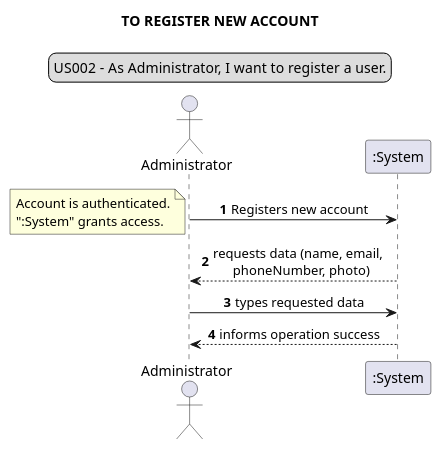
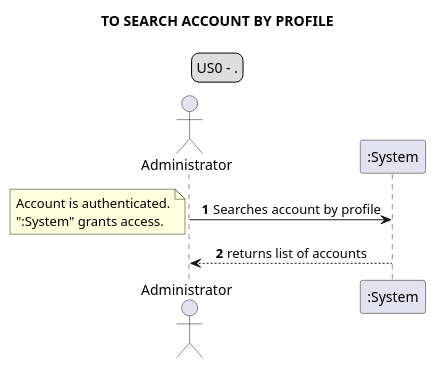
The second of 23 diagrams in docs/requirements_gathering/system_sequence_diagrams/systemSequenceDiagram.puml (Loracline/project_switch_22-23), drawn with PlantUML before and after one commit. The commit also changed other lines of this file and 23 other files, not shown here.

```diff
--- a/docs/requirements_gathering/system_sequence_diagrams/systemSequenceDiagram.puml
+++ b/docs/requirements_gathering/system_sequence_diagrams/systemSequenceDiagram.puml
@@ -19,17 +17,15 @@
 @startuml
+legend top
+US0 - .
+end legend
 skinparam sequenceMessageAlign center
-title TO REGISTER NEW ACCOUNT
-legend top
-US002 - As Administrator, I want to register a user.
-end legend
+title TO SEARCH ACCOUNT BY PROFILE
+actor Administrator
 autonumber
-actor Administrator
-Administrator -> ":System": Registers new account
+Administrator -> ":System": Searches account by profile
 note left
 Account is authenticated.
 ":System" grants access.
 end note
-Administrator <-- ":System": requests data (name, email, \n phoneNumber, photo)
-Administrator  -> ":System": types requested data
-":System" --> Administrator: informs operation success
+":System" --> Administrator: returns list of accounts
 @enduml
```
